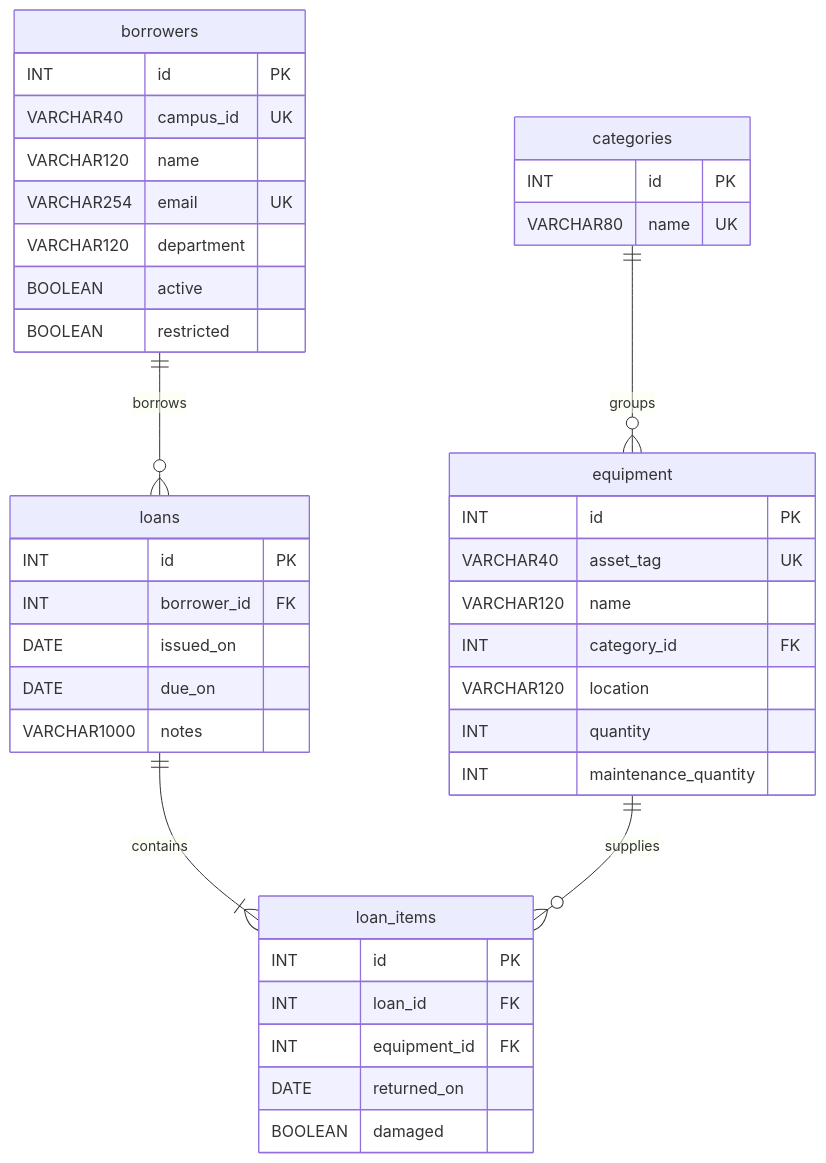
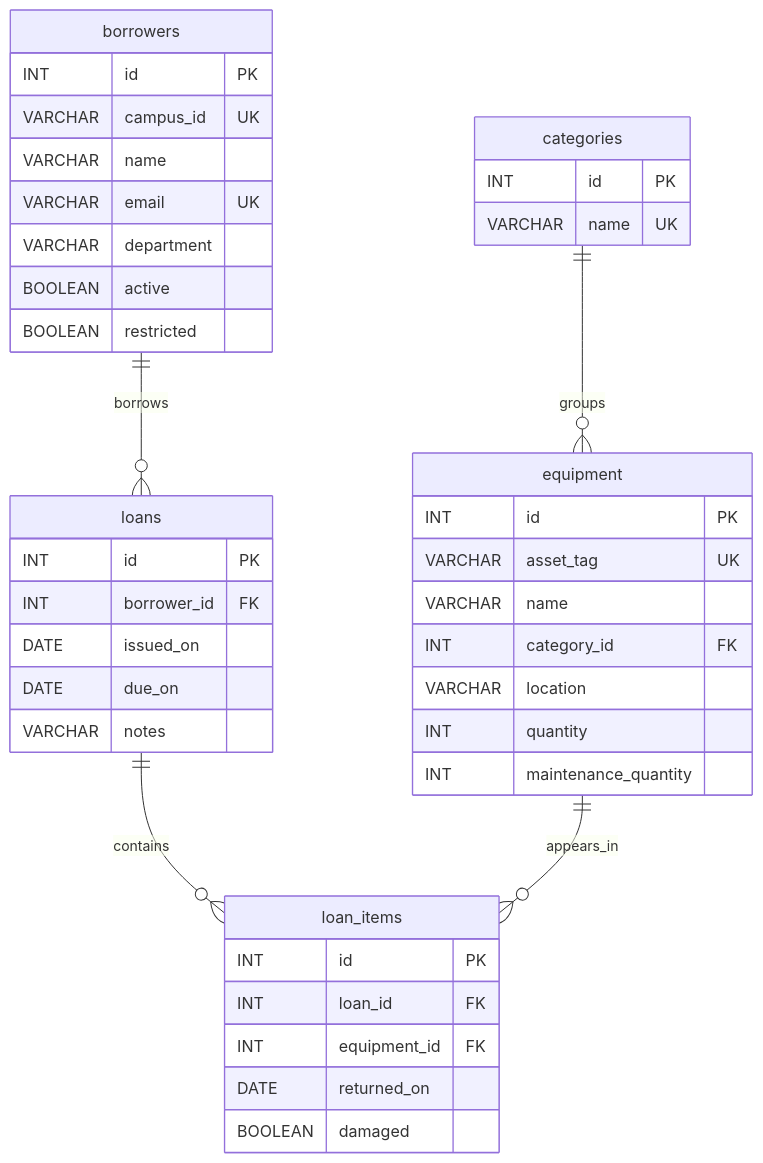
Before and after one commit to sriram629/campus-lending: the second of 2 diagrams in README.md, drawn with Mermaid. The commit also changed other lines of this file, not shown here.

````diff
--- a/README.md
+++ b/README.md
@@ -313,43 +210,43 @@
 ```mermaid
 erDiagram
     categories ||--o{ equipment : groups
     borrowers ||--o{ loans : borrows
-    loans ||--|{ loan_items : contains
-    equipment ||--o{ loan_items : supplies
+    loans ||--o{ loan_items : contains
+    equipment ||--o{ loan_items : appears_in
     categories {
         INT id PK
-        VARCHAR80 name UK
+        VARCHAR name UK
     }
     borrowers {
         INT id PK
-        VARCHAR40 campus_id UK
-        VARCHAR120 name
-        VARCHAR254 email UK
-        VARCHAR120 department
+        VARCHAR campus_id UK
+        VARCHAR name
+        VARCHAR email UK
+        VARCHAR department
         BOOLEAN active
         BOOLEAN restricted
     }
     equipment {
         INT id PK
-        VARCHAR40 asset_tag UK
-        VARCHAR120 name
+        VARCHAR asset_tag UK
+        VARCHAR name
         INT category_id FK
-        VARCHAR120 location
+        VARCHAR location
         INT quantity
         INT maintenance_quantity
     }
     loans {
         INT id PK
         INT borrower_id FK
         DATE issued_on
         DATE due_on
-        VARCHAR1000 notes
+        VARCHAR notes
     }
     loan_items {
         INT id PK
         INT loan_id FK
         INT equipment_id FK
         DATE returned_on
         BOOLEAN damaged
     }
 ```
````
